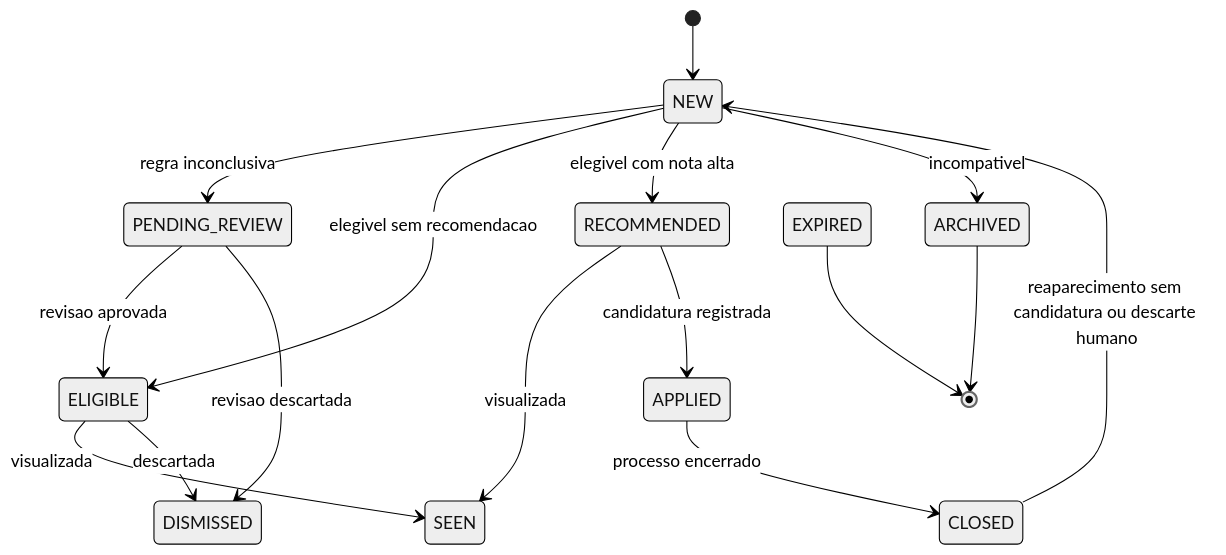
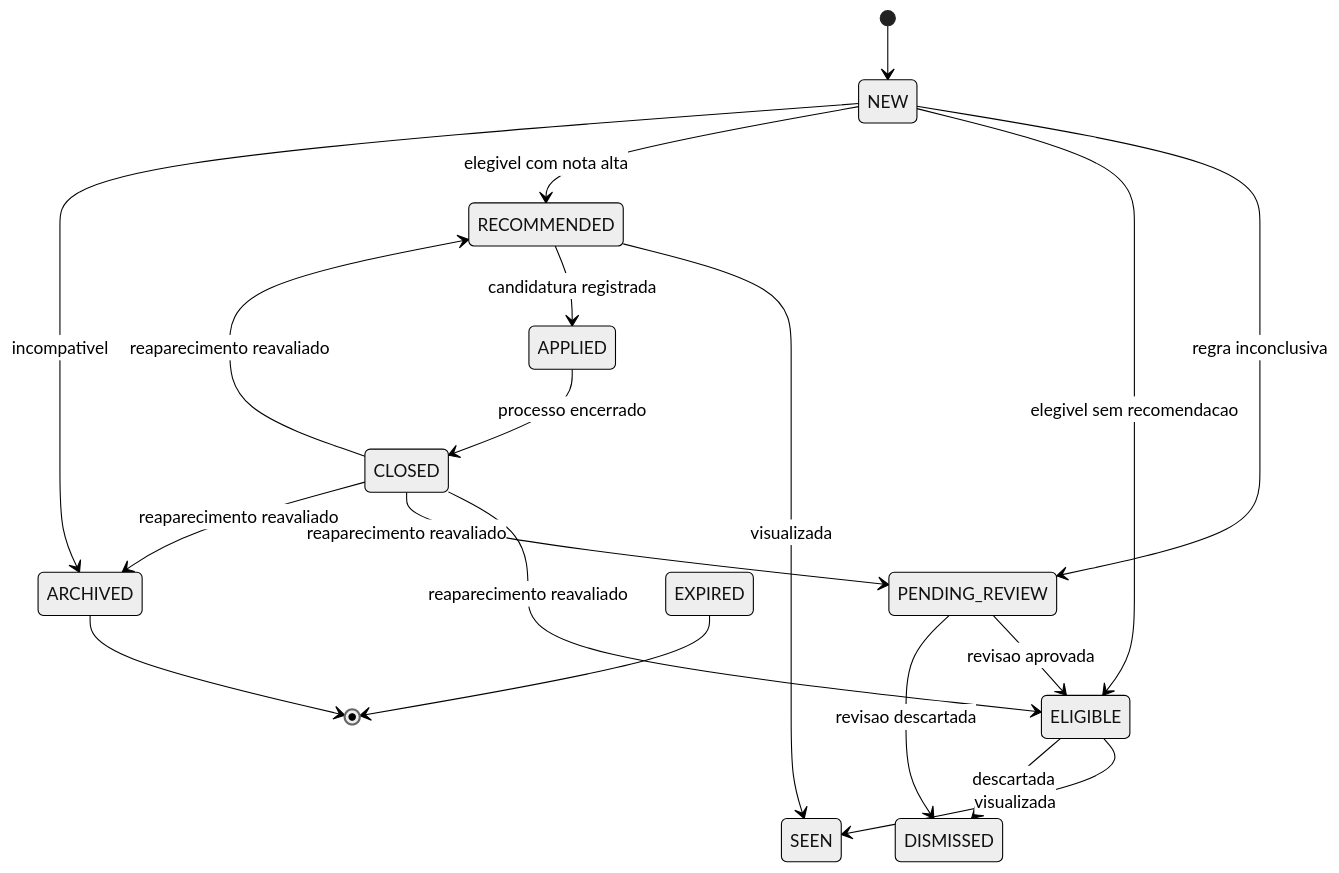
The second of 3 diagrams in docs/state-machine.md (Islayder/JobSearch), drawn with Mermaid (neutral theme) before and after one commit. The commit also changed other lines of this file and 25 other files, not shown here.

````diff
--- a/docs/state-machine.md
+++ b/docs/state-machine.md
@@ -23,18 +24,21 @@
 ```mermaid
 stateDiagram-v2
     [*] --> NEW
     NEW --> PENDING_REVIEW: regra inconclusiva
     NEW --> ELIGIBLE: elegivel sem recomendacao
     NEW --> RECOMMENDED: elegivel com nota alta
     NEW --> ARCHIVED: incompativel
     PENDING_REVIEW --> ELIGIBLE: revisao aprovada
     PENDING_REVIEW --> DISMISSED: revisao descartada
     ELIGIBLE --> SEEN: visualizada
     ELIGIBLE --> DISMISSED: descartada
     RECOMMENDED --> SEEN: visualizada
     RECOMMENDED --> APPLIED: candidatura registrada
     APPLIED --> CLOSED: processo encerrado
     ARCHIVED --> [*]
-    CLOSED --> NEW: reaparecimento sem candidatura ou descarte humano
+    CLOSED --> ELIGIBLE: reaparecimento reavaliado
+    CLOSED --> RECOMMENDED: reaparecimento reavaliado
+    CLOSED --> PENDING_REVIEW: reaparecimento reavaliado
+    CLOSED --> ARCHIVED: reaparecimento reavaliado
     EXPIRED --> [*]
 ```
````
